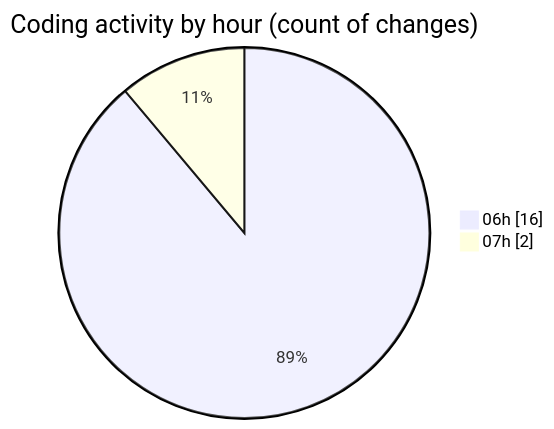
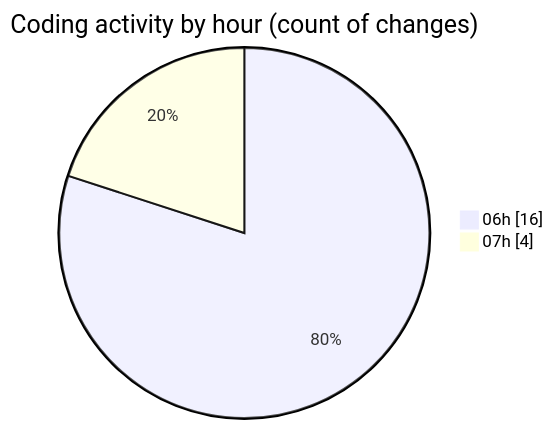
One commit to robertbonfada/code-tracking changed the second of 2 diagrams in 2025-02-21/termonied_testador/README.md. Above: the diagram before and after it, drawn with Mermaid. The commit also changed other lines of this file and 1 other file, not shown here.

````diff
--- a/2025-02-21/termonied_testador/README.md
+++ b/2025-02-21/termonied_testador/README.md
@@ -35,6 +35,6 @@
 ```mermaid
 pie showData
 title Coding activity by hour (count of changes)
 "06h" : 16
-"07h" : 2
+"07h" : 4
 ```
````
